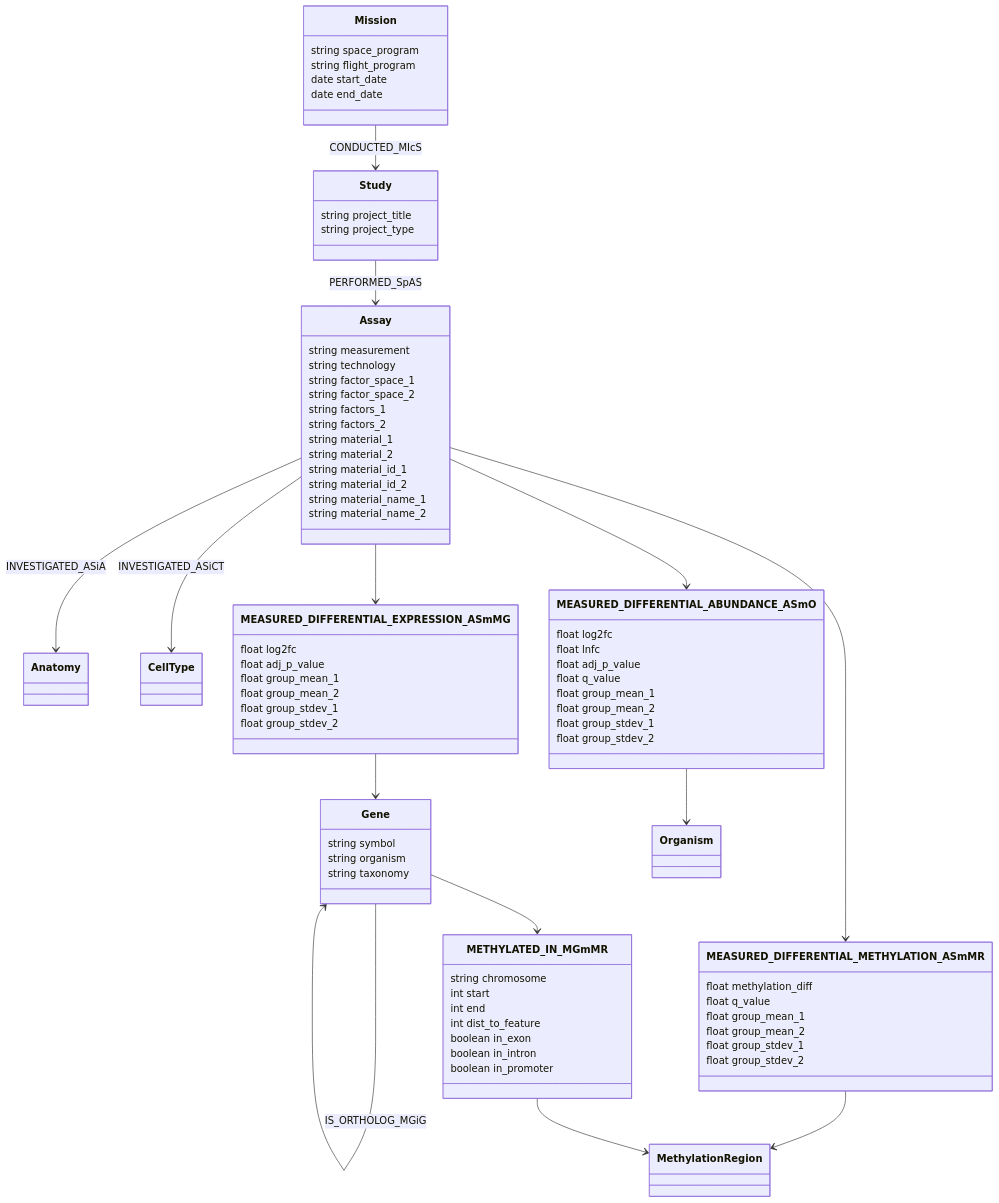
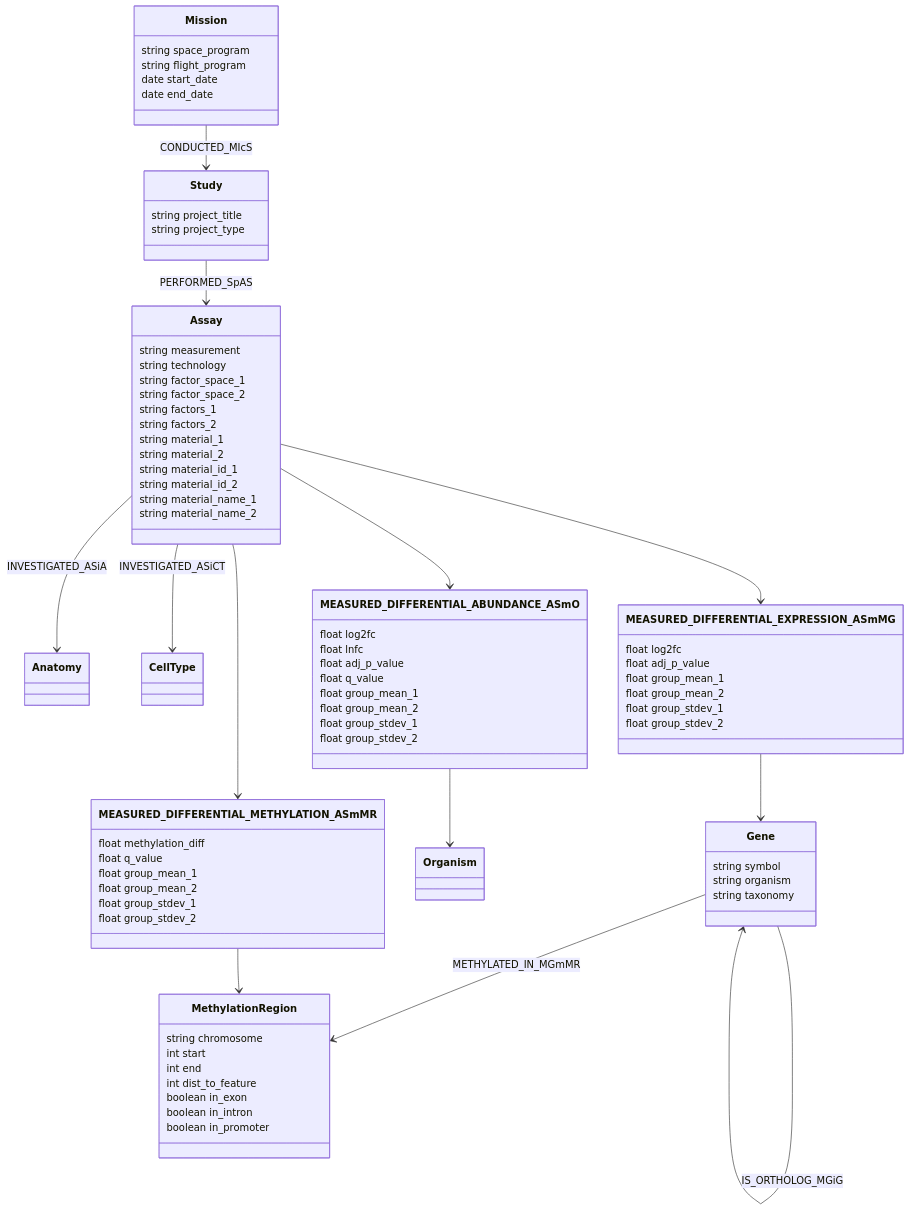
One commit to sbl-sdsc/mcp-proto-okn changed the diagram in docs/examples/spoke-genelab_overview.md. Above: the diagram before and after it, drawn with Mermaid. The commit also changed other lines of this file, not shown here.

Commit message:
updated with latest data

````diff
--- a/docs/examples/spoke-genelab_overview.md
+++ b/docs/examples/spoke-genelab_overview.md
@@ -49,102 +73,98 @@
 ```mermaid
 classDiagram
-  direction TB
+direction TB
 
-  class Mission {
-    string space_program
-    string flight_program
-    date start_date
-    date end_date
-  }
+class Mission {
+  string space_program
+  string flight_program
+  date start_date
+  date end_date
+}
 
-  class Study {
-    string project_title
-    string project_type
-  }
+class Study {
+  string project_title
+  string project_type
+}
 
-  class Assay {
-    string measurement
-    string technology
-    string factor_space_1
-    string factor_space_2
-    string factors_1
-    string factors_2
-    string material_1
-    string material_2
-    string material_id_1
-    string material_id_2
-    string material_name_1
-    string material_name_2
-  }
+class Assay {
+  string measurement
+  string technology
+  string factor_space_1
+  string factor_space_2
+  string factors_1
+  string factors_2
+  string material_1
+  string material_2
+  string material_id_1
+  string material_id_2
+  string material_name_1
+  string material_name_2
+}
 
-  class Gene {
-    string symbol
-    string organism
-    string taxonomy
-  }
+class Gene {
+  string symbol
+  string organism
+  string taxonomy
+}
 
-  class Anatomy
+class Anatomy
 
-  class CellType
+class CellType
 
-  class MethylationRegion
+class MethylationRegion {
+  string chromosome
+  int start
+  int end
+  int dist_to_feature
+  boolean in_exon
+  boolean in_intron
+  boolean in_promoter
+}
 
-  class Organism
+class Organism
 
-  class MEASURED_DIFFERENTIAL_EXPRESSION_ASmMG {
-    float log2fc
-    float adj_p_value
-    float group_mean_1
-    float group_mean_2
-    float group_stdev_1
-    float group_stdev_2
-  }
+class MEASURED_DIFFERENTIAL_EXPRESSION_ASmMG {
+  float log2fc
+  float adj_p_value
+  float group_mean_1
+  float group_mean_2
+  float group_stdev_1
+  float group_stdev_2
+}
 
-  class MEASURED_DIFFERENTIAL_ABUNDANCE_ASmO {
-    float log2fc
-    float lnfc
-    float adj_p_value
-    float q_value
-    float group_mean_1
-    float group_mean_2
-    float group_stdev_1
-    float group_stdev_2
-  }
+class MEASURED_DIFFERENTIAL_METHYLATION_ASmMR {
+  float methylation_diff
+  float q_value
+  float group_mean_1
+  float group_mean_2
+  float group_stdev_1
+  float group_stdev_2
+}
 
-  class MEASURED_DIFFERENTIAL_METHYLATION_ASmMR {
-    float methylation_diff
-    float q_value
-    float group_mean_1
-    float group_mean_2
-    float group_stdev_1
-    float group_stdev_2
-  }
+class MEASURED_DIFFERENTIAL_ABUNDANCE_ASmO {
+  float log2fc
+  float lnfc
+  float adj_p_value
+  float q_value
+  float group_mean_1
+  float group_mean_2
+  float group_stdev_1
+  float group_stdev_2
+}
 
-  class METHYLATED_IN_MGmMR {
-    string chromosome
-    int start
-    int end
-    int dist_to_feature
-    boolean in_exon
-    boolean in_intron
-    boolean in_promoter
-  }
+Mission --> Study : CONDUCTED_MIcS
+Study --> Assay : PERFORMED_SpAS
+Assay --> Anatomy : INVESTIGATED_ASiA
+Assay --> CellType : INVESTIGATED_ASiCT
+Gene --> Gene : IS_ORTHOLOG_MGiG
+Gene --> MethylationRegion : METHYLATED_IN_MGmMR
 
-  Mission --> Study : CONDUCTED_MIcS
-  Study --> Assay : PERFORMED_SpAS
-  Assay --> Anatomy : INVESTIGATED_ASiA
-  Assay --> CellType : INVESTIGATED_ASiCT
-  Gene --> Gene : IS_ORTHOLOG_MGiG
+Assay --> MEASURED_DIFFERENTIAL_EXPRESSION_ASmMG
+MEASURED_DIFFERENTIAL_EXPRESSION_ASmMG --> Gene
 
-  Assay --> MEASURED_DIFFERENTIAL_EXPRESSION_ASmMG
-  MEASURED_DIFFERENTIAL_EXPRESSION_ASmMG --> Gene
+Assay --> MEASURED_DIFFERENTIAL_METHYLATION_ASmMR
+MEASURED_DIFFERENTIAL_METHYLATION_ASmMR --> MethylationRegion
 
-  Assay --> MEASURED_DIFFERENTIAL_ABUNDANCE_ASmO
-  MEASURED_DIFFERENTIAL_ABUNDANCE_ASmO --> Organism
-
-  Assay --> MEASURED_DIFFERENTIAL_METHYLATION_ASmMR
-  MEASURED_DIFFERENTIAL_METHYLATION_ASmMR --> MethylationRegion
-
-  Gene --> METHYLATED_IN_MGmMR
-  METHYLATED_IN_MGmMR --> MethylationRegion
+Assay --> MEASURED_DIFFERENTIAL_ABUNDANCE_ASmO
+MEASURED_DIFFERENTIAL_ABUNDANCE_ASmO --> Organism
 ```
````
